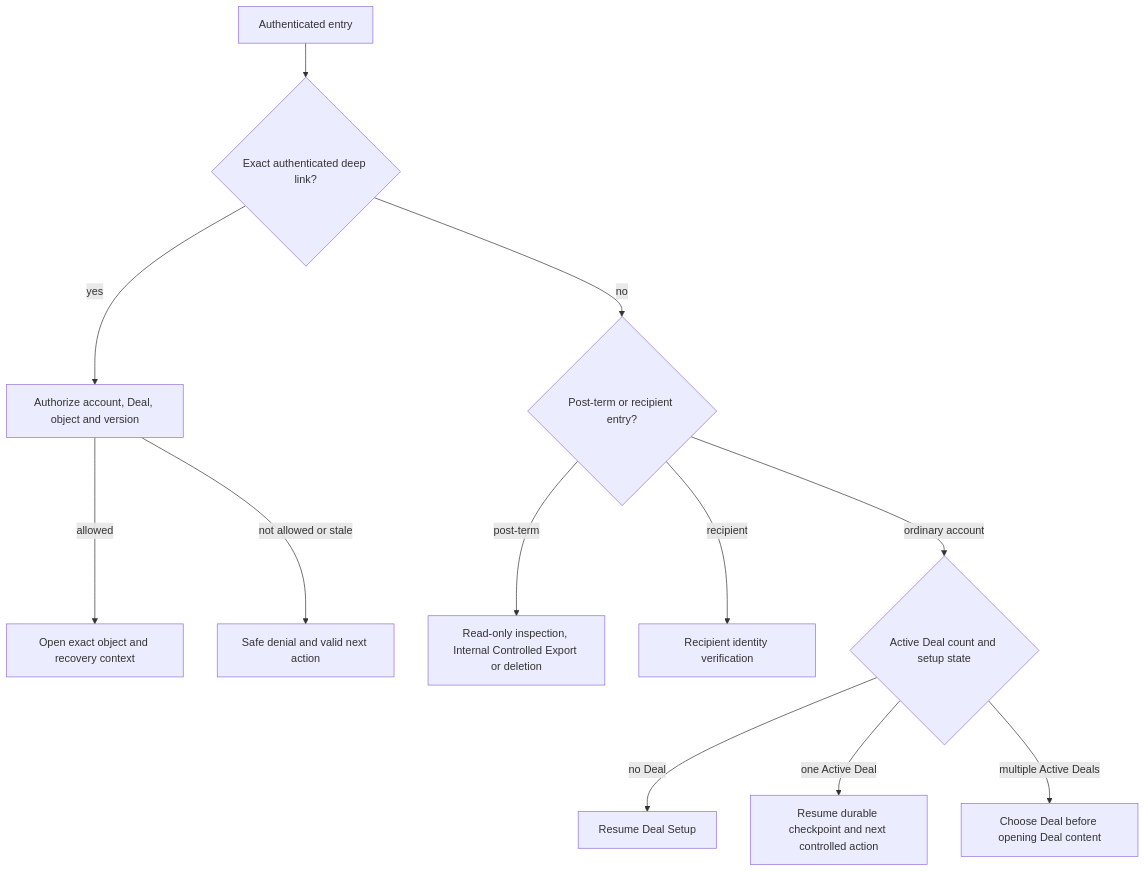
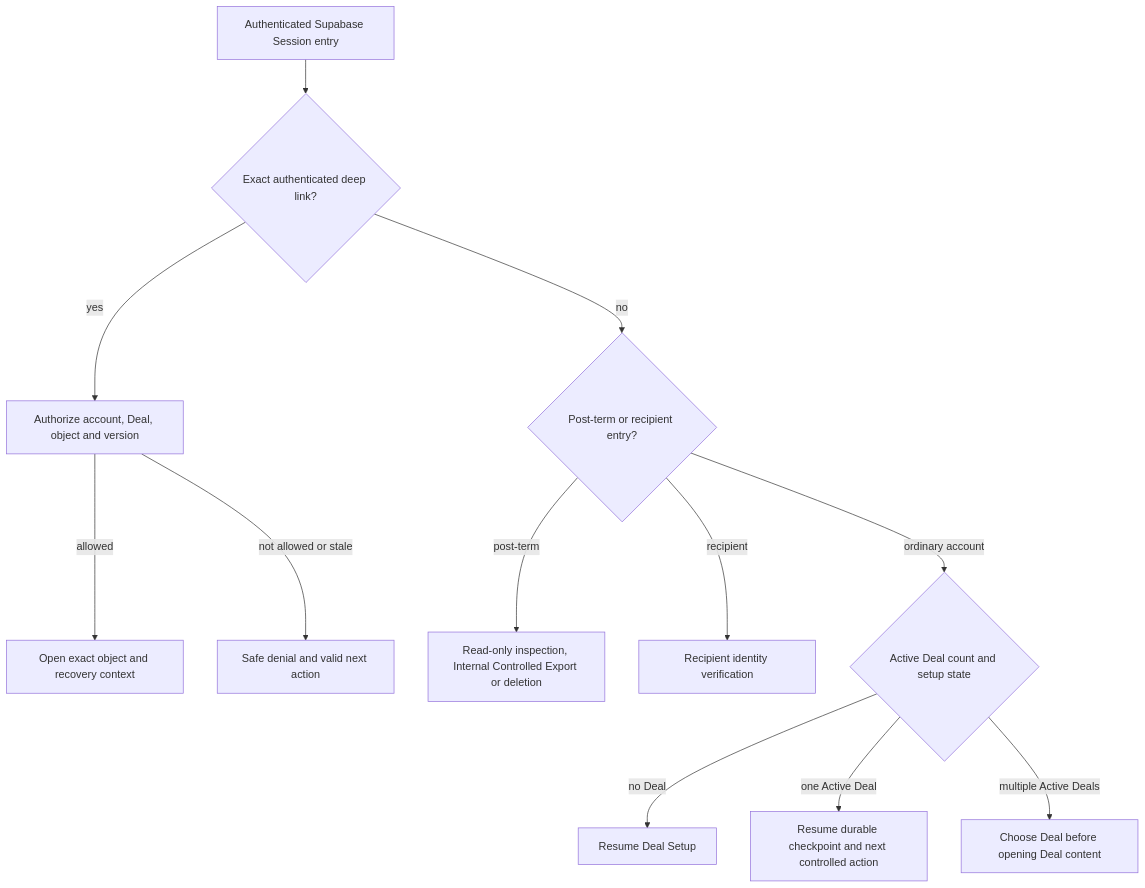
One commit to lucien0229/InvestmentBanking changed the second of 5 diagrams in docs/ux/user-flow.md. Above: the diagram before and after it, drawn with Mermaid. The commit also changed other lines of this file and 14 other files, not shown here.

````diff
--- a/docs/ux/user-flow.md
+++ b/docs/ux/user-flow.md
@@ -153,14 +155,14 @@
 ```mermaid
 flowchart TD
-    I["Authenticated entry"] --> DL{"Exact authenticated deep link?"}
+    I["Authenticated Supabase Session entry"] --> DL{"Exact authenticated deep link?"}
     DL -->|yes| O["Authorize account, Deal, object and version"]
     O -->|allowed| EO["Open exact object and recovery context"]
     O -->|not allowed or stale| DENY["Safe denial and valid next action"]
     DL -->|no| P{"Post-term or recipient entry?"}
     P -->|post-term| PT["Read-only inspection, Internal Controlled Export or deletion"]
     P -->|recipient| RA["Recipient identity verification"]
     P -->|ordinary account| N{"Active Deal count and setup state"}
     N -->|no Deal| DS["Resume Deal Setup"]
     N -->|one Active Deal| CP["Resume durable checkpoint and next controlled action"]
     N -->|multiple Active Deals| CH["Choose Deal before opening Deal content"]
 ```
````
